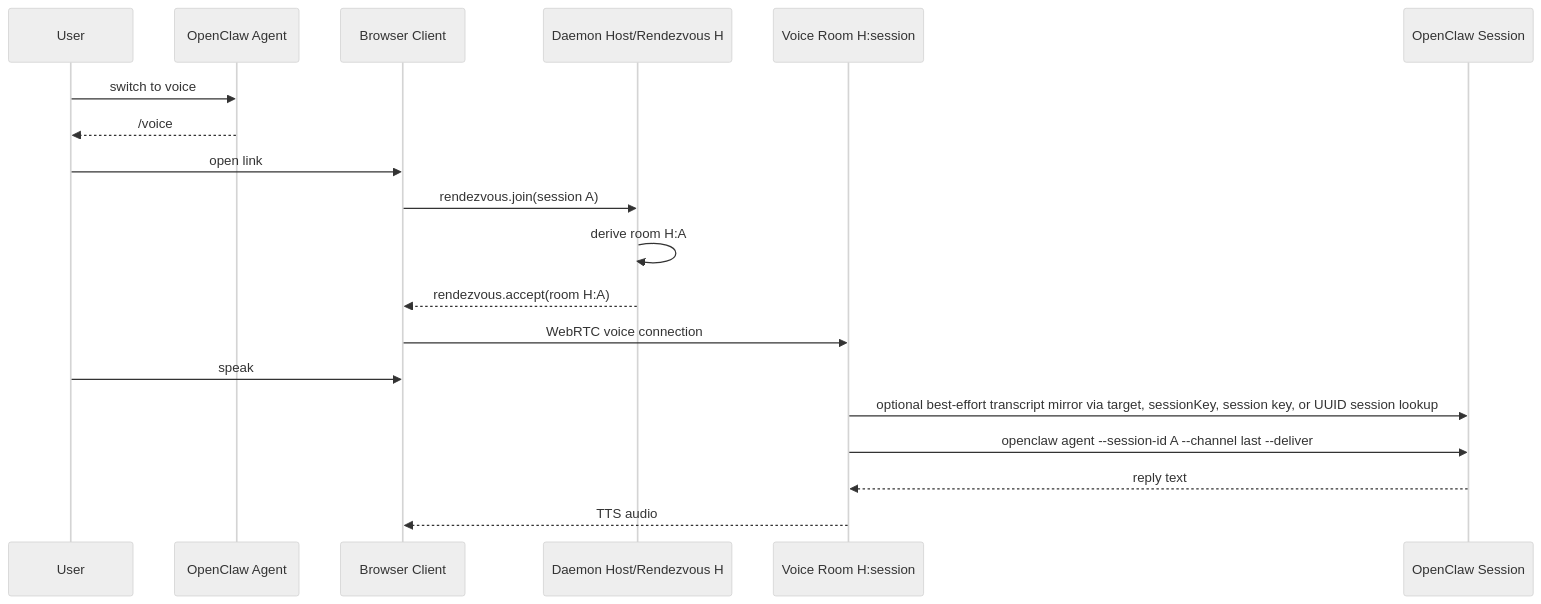
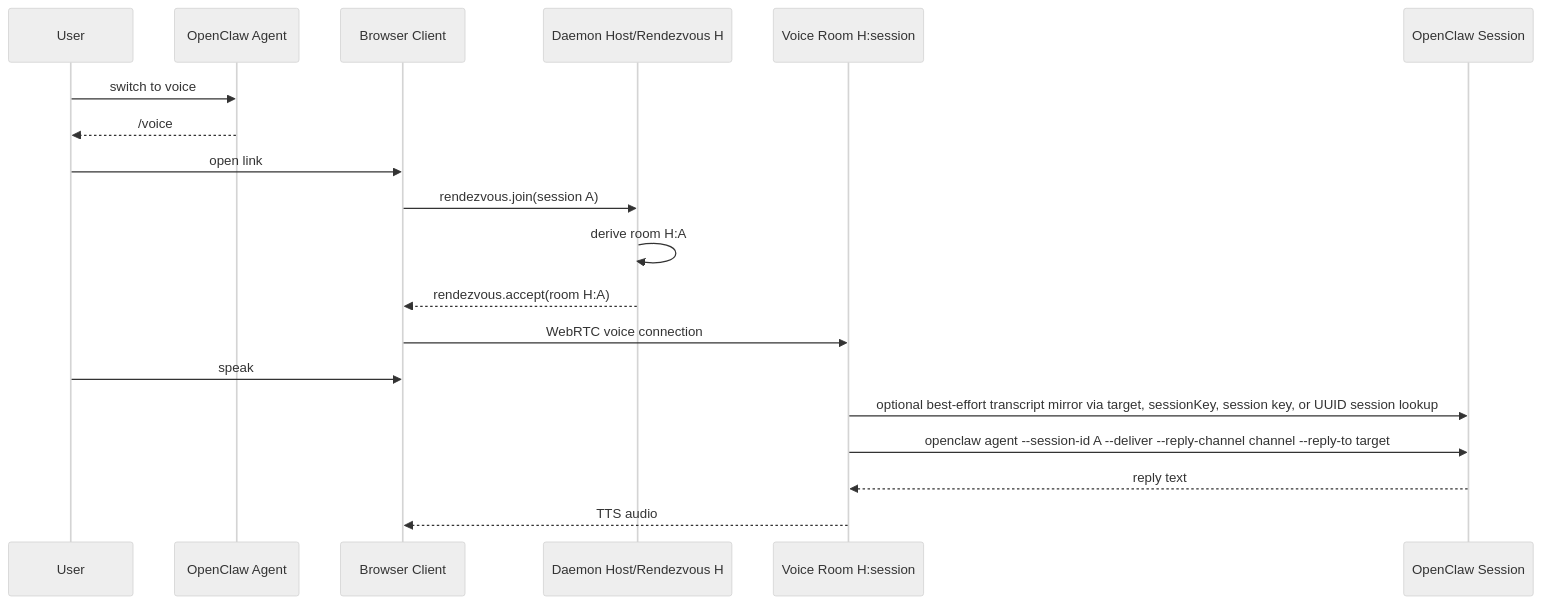
The diagram in docs/voice-handoff.md (davidguttman/clawkie-talkie), drawn with Mermaid (neutral theme) before and after one commit. The commit also changed other lines of this file and 15 other files, not shown here.

````diff
--- a/docs/voice-handoff.md
+++ b/docs/voice-handoff.md
@@ -161,22 +163,22 @@
 ```mermaid
 sequenceDiagram
   participant User
   participant Agent as OpenClaw Agent
   participant Phone as Browser Client
   participant Host as Daemon Host/Rendezvous H
   participant Room as Voice Room H:session
   participant OC as OpenClaw Session
 
   User->>Agent: switch to voice
   Agent-->>User: /voice#host=H&session=A
   User->>Phone: open link
   Phone->>Host: rendezvous.join(session A)
   Host->>Host: derive room H:A
   Host-->>Phone: rendezvous.accept(room H:A)
   Phone->>Room: WebRTC voice connection
   User->>Phone: speak
   Room->>OC: optional best-effort transcript mirror via target, sessionKey, session key, or UUID session lookup
-  Room->>OC: openclaw agent --session-id A --channel last --deliver
+  Room->>OC: openclaw agent --session-id A --deliver --reply-channel channel --reply-to target
   OC-->>Room: reply text
   Room-->>Phone: TTS audio
 ```
````
